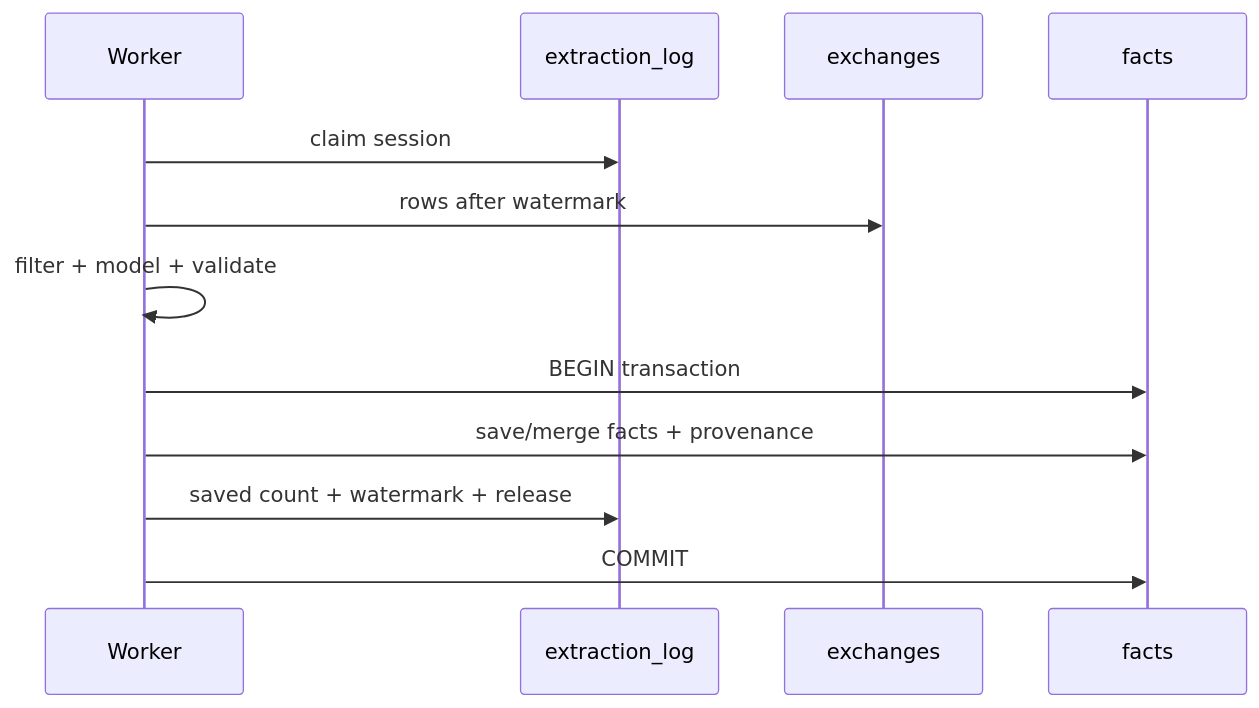
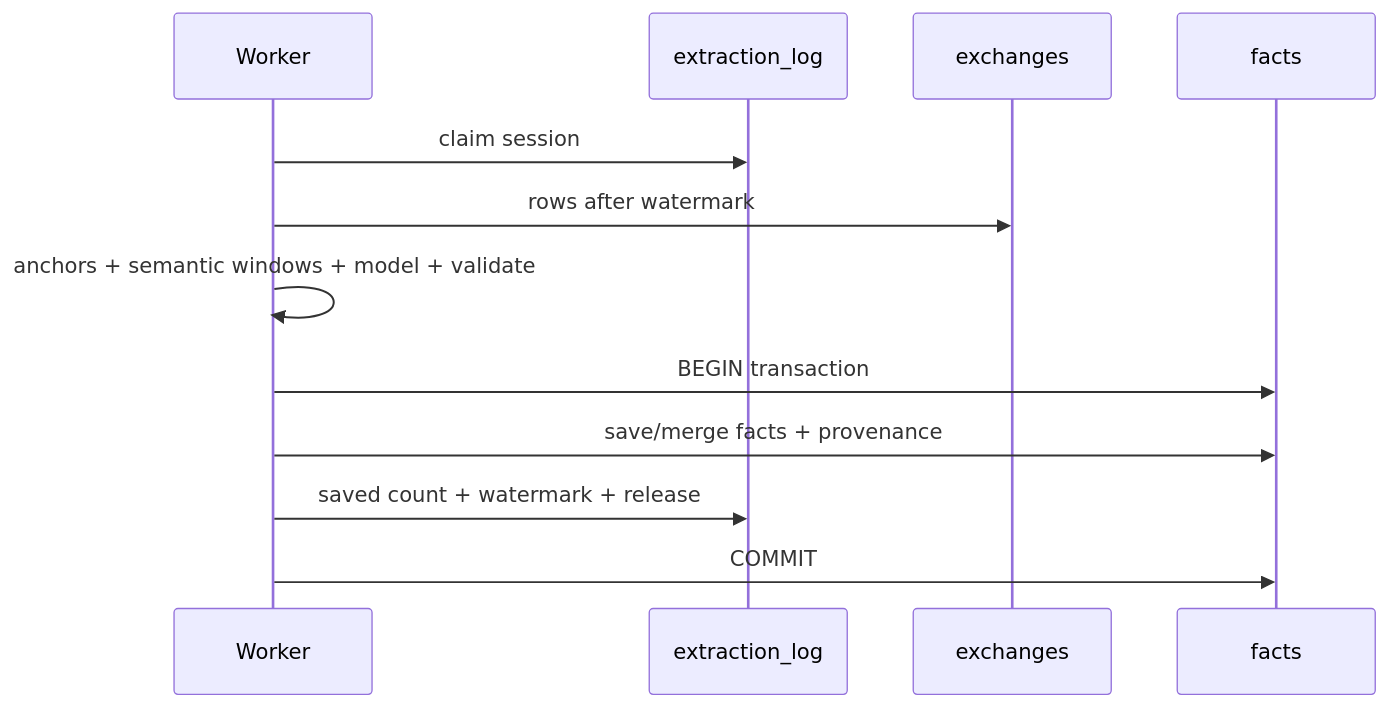
The diagram in docs/FACT-LIFECYCLE.md (BongSuCHOI/memex), drawn with Mermaid before and after one commit. The commit also changed other lines of this file and 8 other files, not shown here.

Commit message:
feat(extraction): preserve semantic context windows

````diff
--- a/docs/FACT-LIFECYCLE.md
+++ b/docs/FACT-LIFECYCLE.md
@@ -89,15 +107,15 @@
 ```mermaid
 sequenceDiagram
     participant W as Worker
     participant L as extraction_log
     participant E as exchanges
     participant F as facts
 
     W->>L: claim session
     W->>E: rows after watermark
-    W->>W: filter + model + validate
+    W->>W: anchors + semantic windows + model + validate
     W->>F: BEGIN transaction
     W->>F: save/merge facts + provenance
     W->>L: saved count + watermark + release
     W->>F: COMMIT
 ```
````
